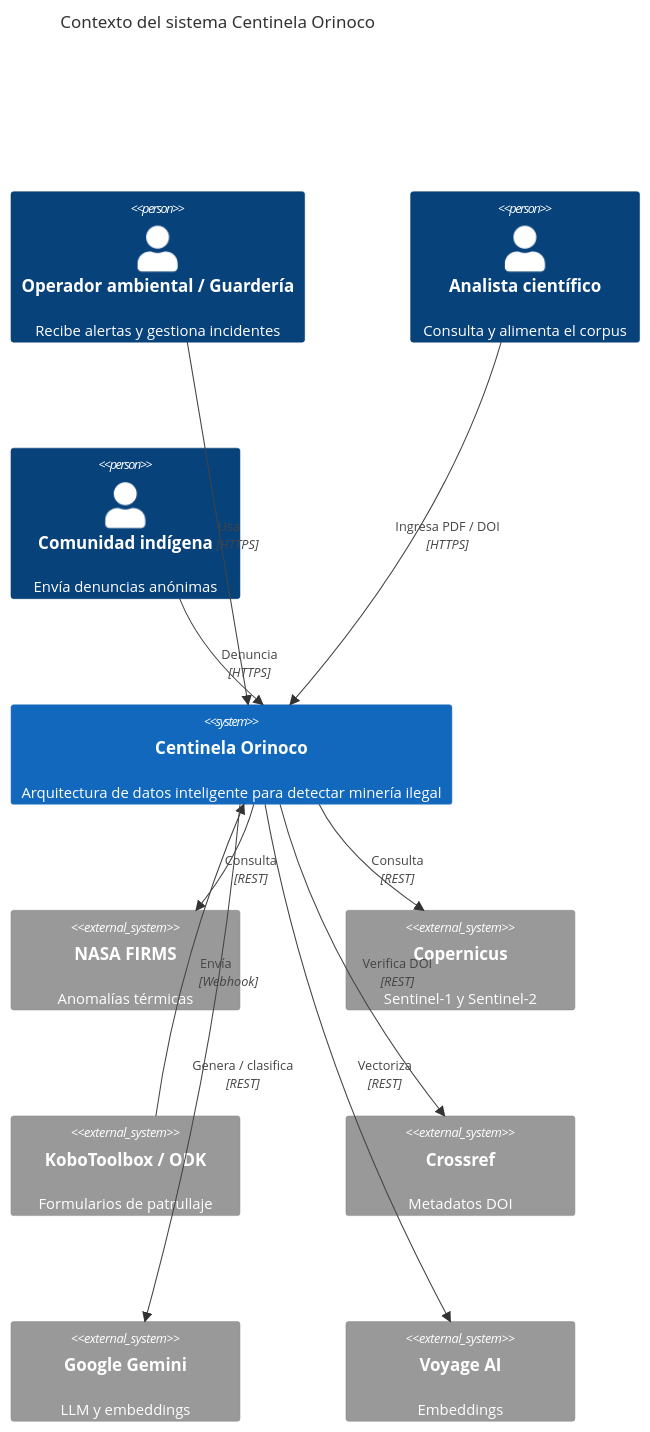
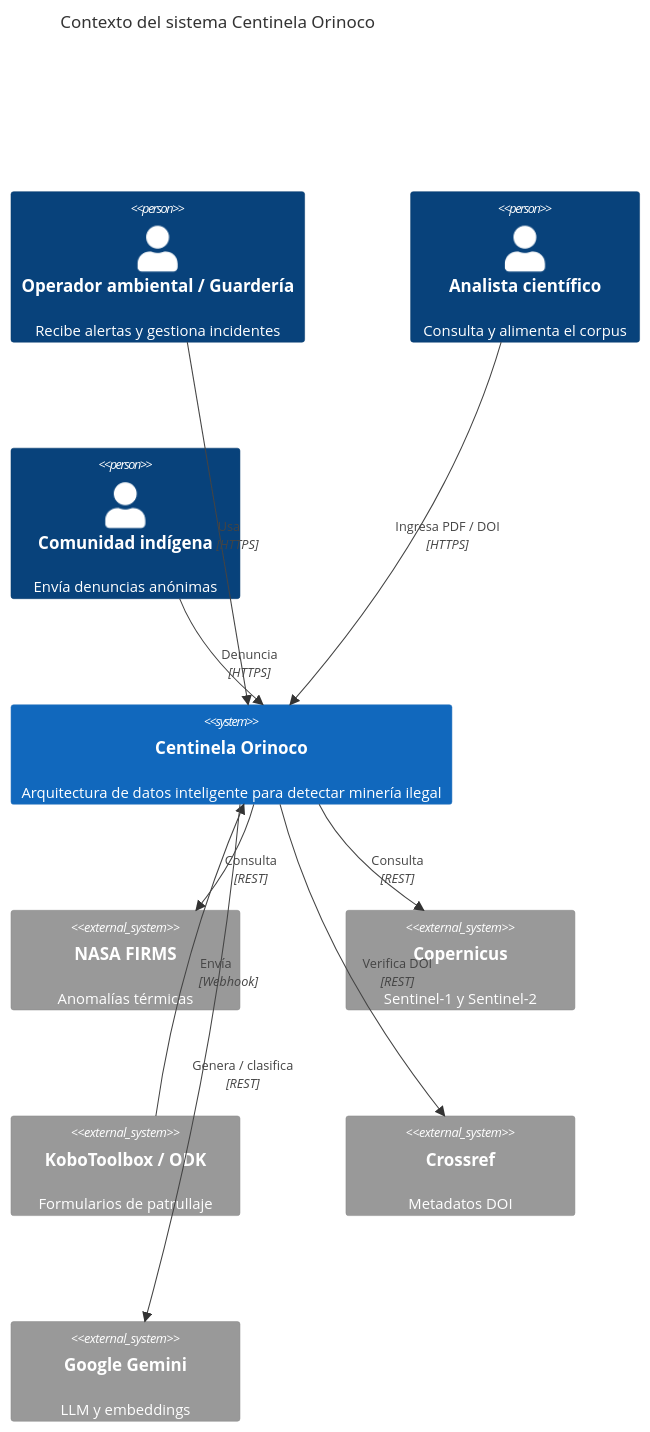
Before and after one commit to juliocanelon/centinela-orinoco-2026: the fourth of 15 diagrams in docs/informe-preliminar-claude.md, drawn with Mermaid. The commit also changed other lines of this file and 4 other files, not shown here.

````diff
--- a/docs/informe-preliminar-claude.md
+++ b/docs/informe-preliminar-claude.md
@@ -419,23 +420,21 @@
 ```mermaid
 C4Context
   title Contexto del sistema Centinela Orinoco
   Person(op, "Operador ambiental / Guardería", "Recibe alertas y gestiona incidentes")
   Person(an, "Analista científico", "Consulta y alimenta el corpus")
   Person(com, "Comunidad indígena", "Envía denuncias anónimas")
   System(cen, "Centinela Orinoco", "Arquitectura de datos inteligente para detectar minería ilegal")
   System_Ext(firms, "NASA FIRMS", "Anomalías térmicas")
   System_Ext(cop, "Copernicus", "Sentinel-1 y Sentinel-2")
   System_Ext(kobo, "KoboToolbox / ODK", "Formularios de patrullaje")
   System_Ext(cr, "Crossref", "Metadatos DOI")
   System_Ext(llm, "Google Gemini", "LLM y embeddings")
-  System_Ext(voy, "Voyage AI", "Embeddings")
   Rel(op, cen, "Usa", "HTTPS")
   Rel(an, cen, "Ingresa PDF / DOI", "HTTPS")
   Rel(com, cen, "Denuncia", "HTTPS")
   Rel(cen, firms, "Consulta", "REST")
   Rel(cen, cop, "Consulta", "REST")
   Rel(kobo, cen, "Envía", "Webhook")
   Rel(cen, cr, "Verifica DOI", "REST")
   Rel(cen, llm, "Genera / clasifica", "REST")
-  Rel(cen, voy, "Vectoriza", "REST")
 ```
````
